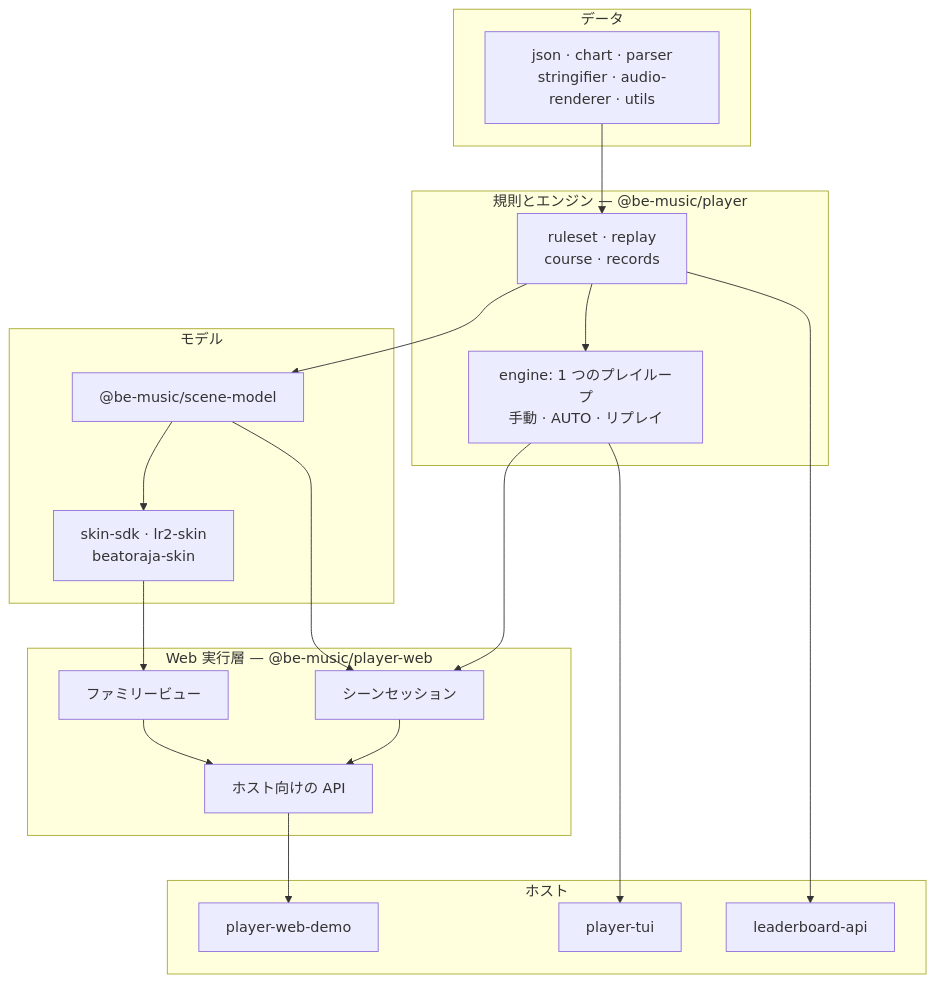
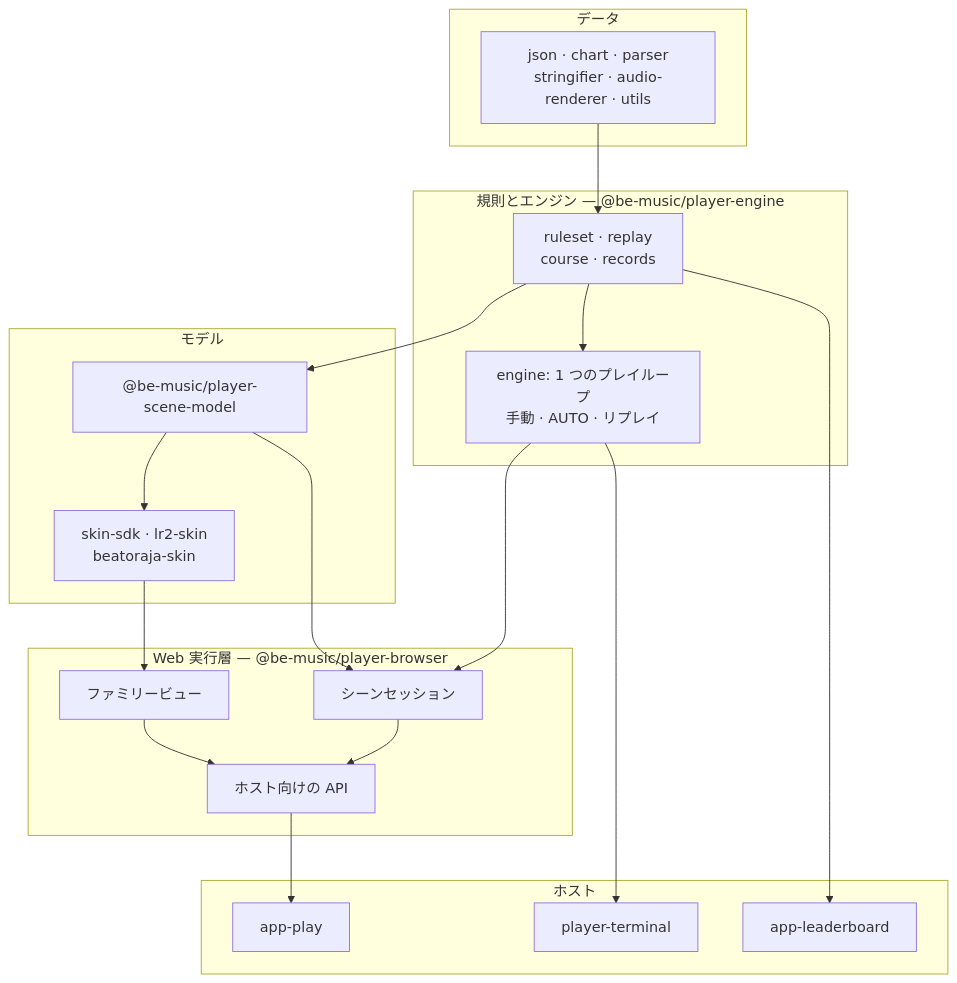
One commit to nulltask/be-music changed the third of 3 diagrams in docs/architecture.ja.md. Above: the diagram before and after it, drawn with Mermaid. The commit also changed other lines of this file and 2542 other files, not shown here.

````diff
--- a/docs/architecture.ja.md
+++ b/docs/architecture.ja.md
@@ -179,35 +179,35 @@
 ```mermaid
 flowchart TD
   subgraph data["データ"]
     d["json · chart · parser<br/>stringifier · audio-renderer · utils"]
   end
-  subgraph domain["規則とエンジン — @be-music/player"]
+  subgraph domain["規則とエンジン — @be-music/player-engine"]
     rules["ruleset · replay<br/>course · records"]
     engine["engine: 1 つのプレイループ<br/>手動 · AUTO · リプレイ"]
   end
   subgraph models["モデル"]
-    scene["@be-music/scene-model"]
+    scene["@be-music/player-scene-model"]
     skins["skin-sdk · lr2-skin<br/>beatoraja-skin"]
   end
-  subgraph web["Web 実行層 — @be-music/player-web"]
+  subgraph web["Web 実行層 — @be-music/player-browser"]
     sessions["シーンセッション"]
     views["ファミリービュー"]
     hostApi["ホスト向けの API"]
   end
   subgraph hosts["ホスト"]
-    demo["player-web-demo"]
-    tui["player-tui"]
-    lb["leaderboard-api"]
+    demo["app-play"]
+    tui["player-terminal"]
+    lb["app-leaderboard"]
   end
 
   d --> rules --> engine
   rules --> scene --> skins
   engine --> sessions
   scene --> sessions
   skins --> views
   sessions --> hostApi
   views --> hostApi
   hostApi --> demo
   engine --> tui
   rules --> lb
 ```
````
